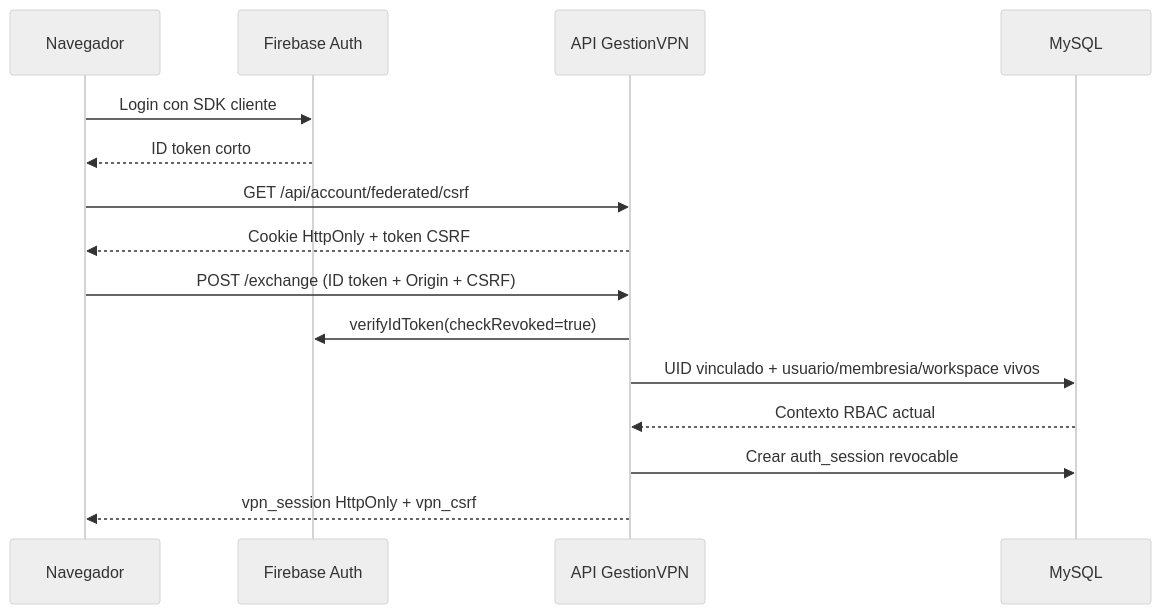
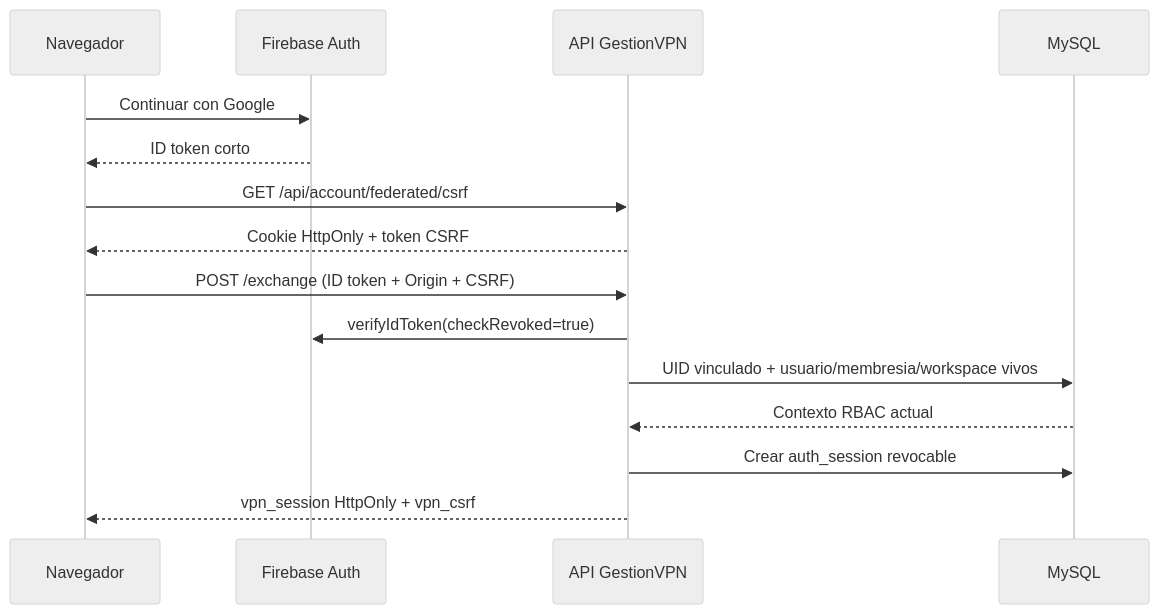
One commit to FernandoDiazM5/GestionVPN-1.0 changed the diagram in docs/adr/0001-firebase-auth-pilot.md. Above: the diagram before and after it, drawn with Mermaid (neutral theme). The commit also changed other lines of this file and 20 other files, not shown here.

````diff
--- a/docs/adr/0001-firebase-auth-pilot.md
+++ b/docs/adr/0001-firebase-auth-pilot.md
@@ -22,17 +22,17 @@
 ```mermaid
 sequenceDiagram
     participant B as Navegador
     participant F as Firebase Auth
     participant A as API GestionVPN
     participant M as MySQL
-    B->>F: Login con SDK cliente
+    B->>F: Continuar con Google
     F-->>B: ID token corto
     B->>A: GET /api/account/federated/csrf
     A-->>B: Cookie HttpOnly + token CSRF
     B->>A: POST /exchange (ID token + Origin + CSRF)
     A->>F: verifyIdToken(checkRevoked=true)
     A->>M: UID vinculado + usuario/membresia/workspace vivos
     M-->>A: Contexto RBAC actual
     A->>M: Crear auth_session revocable
     A-->>B: vpn_session HttpOnly + vpn_csrf
 ```
````
